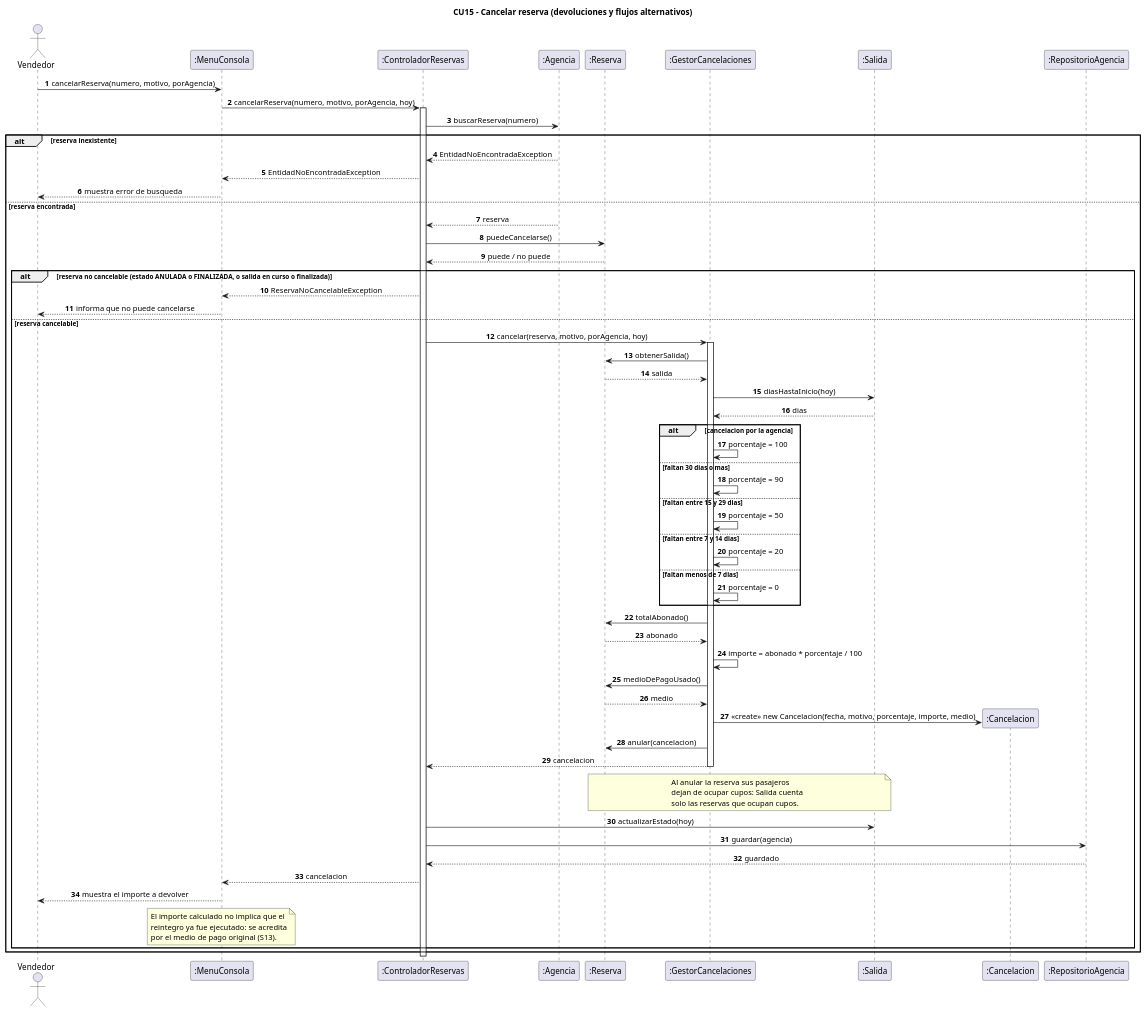
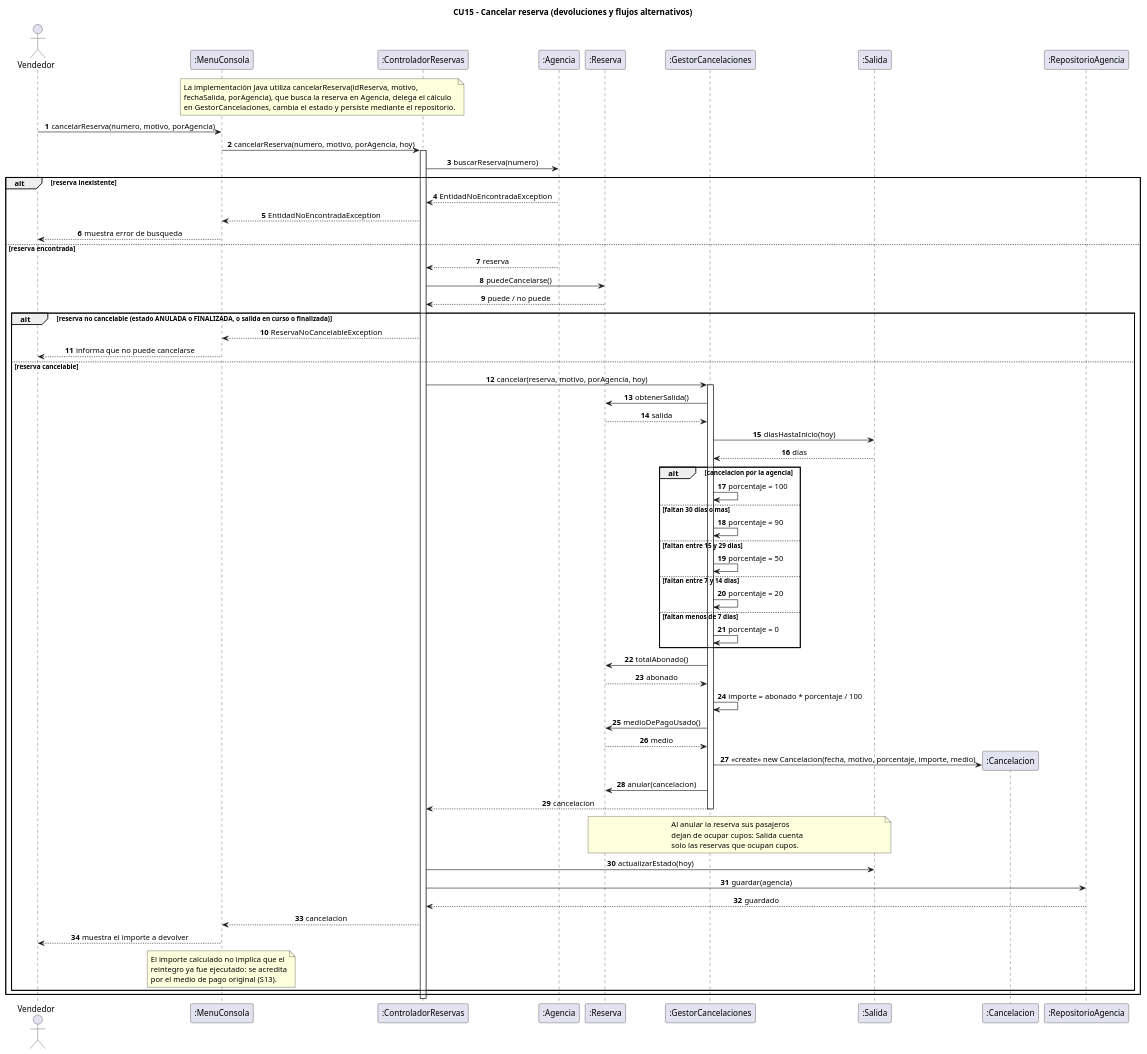
The diagram in docs/uml/03-secuencia-cancelar-reserva.puml (CarlosDanielOK/Avion), drawn with PlantUML before and after one commit. The commit also changed 22 other files, not shown here.

```diff
--- a/docs/uml/03-secuencia-cancelar-reserva.puml
+++ b/docs/uml/03-secuencia-cancelar-reserva.puml
@@ -1,97 +1,103 @@
 @startuml 03-secuencia-cancelar-reserva
 title CU15 - Cancelar reserva (devoluciones y flujos alternativos)
 
 skinparam shadowing false
 skinparam backgroundColor White
 skinparam sequenceMessageAlign center
 autonumber
 
 actor Vendedor
 participant ":MenuConsola" as UI
 participant ":ControladorReservas" as CTRL
 participant ":Agencia" as AGE
 participant ":Reserva" as RES
 participant ":GestorCancelaciones" as GC
 participant ":Salida" as SAL
 participant ":Cancelacion" as CAN
 participant ":RepositorioAgencia" as REPO
+
+note over UI,CTRL
+La implementación Java utiliza cancelarReserva(idReserva, motivo,
+fechaSalida, porAgencia), que busca la reserva en Agencia, delega el cálculo
+en GestorCancelaciones, cambia el estado y persiste mediante el repositorio.
+end note
 
 Vendedor -> UI : cancelarReserva(numero, motivo, porAgencia)
 UI -> CTRL : cancelarReserva(numero, motivo, porAgencia, hoy)
 activate CTRL
 
 CTRL -> AGE : buscarReserva(numero)
 
 alt reserva inexistente
   AGE --> CTRL : EntidadNoEncontradaException
   CTRL --> UI : EntidadNoEncontradaException
   UI --> Vendedor : muestra error de busqueda
 
 else reserva encontrada
   AGE --> CTRL : reserva
   CTRL -> RES : puedeCancelarse()
   RES --> CTRL : puede / no puede
 
   alt reserva no cancelable (estado ANULADA o FINALIZADA, o salida en curso o finalizada)
     CTRL --> UI : ReservaNoCancelableException
     UI --> Vendedor : informa que no puede cancelarse
 
   else reserva cancelable
     CTRL -> GC : cancelar(reserva, motivo, porAgencia, hoy)
     activate GC
 
     GC -> RES : obtenerSalida()
     RES --> GC : salida
     GC -> SAL : diasHastaInicio(hoy)
     SAL --> GC : dias
 
     alt cancelacion por la agencia
       GC -> GC : porcentaje = 100
     else faltan 30 dias o mas
       GC -> GC : porcentaje = 90
     else faltan entre 15 y 29 dias
       GC -> GC : porcentaje = 50
     else faltan entre 7 y 14 dias
       GC -> GC : porcentaje = 20
     else faltan menos de 7 dias
       GC -> GC : porcentaje = 0
     end
 
     GC -> RES : totalAbonado()
     RES --> GC : abonado
 
     GC -> GC : importe = abonado * porcentaje / 100
 
     GC -> RES : medioDePagoUsado()
     RES --> GC : medio
 
     create CAN
     GC -> CAN : <<create>> new Cancelacion(fecha, motivo, porcentaje, importe, medio)
 
     GC -> RES : anular(cancelacion)
     GC --> CTRL : cancelacion
     deactivate GC
 
     note over RES,SAL
       Al anular la reserva sus pasajeros
       dejan de ocupar cupos: Salida cuenta
       solo las reservas que ocupan cupos.
     end note
 
     CTRL -> SAL : actualizarEstado(hoy)
     CTRL -> REPO : guardar(agencia)
     REPO --> CTRL : guardado
 
     CTRL --> UI : cancelacion
     UI --> Vendedor : muestra el importe a devolver
 
     note over UI
       El importe calculado no implica que el
       reintegro ya fue ejecutado: se acredita
       por el medio de pago original (S13).
     end note
   end
 end
 
 deactivate CTRL
 @enduml
```
